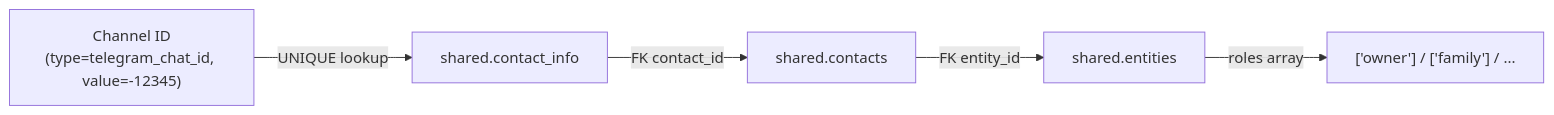
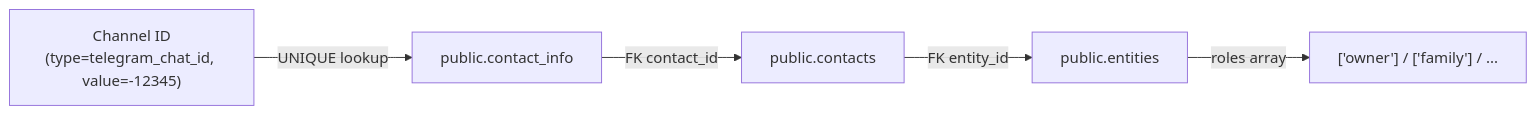
The fourth of 7 diagrams in about/lay-and-land/data-flow.md (Tzeusy/butlers), drawn with Mermaid before and after one commit. The commit also changed other lines of this file and 279 other files, not shown here.

````diff
--- a/about/lay-and-land/data-flow.md
+++ b/about/lay-and-land/data-flow.md
@@ -155,7 +155,7 @@
 ```mermaid
 graph LR
-    A["Channel ID<br/>(type=telegram_chat_id, value=-12345)"] -->|"UNIQUE lookup"| B["shared.contact_info"]
-    B -->|"FK contact_id"| C["shared.contacts"]
-    C -->|"FK entity_id"| D["shared.entities"]
+    A["Channel ID<br/>(type=telegram_chat_id, value=-12345)"] -->|"UNIQUE lookup"| B["public.contact_info"]
+    B -->|"FK contact_id"| C["public.contacts"]
+    C -->|"FK entity_id"| D["public.entities"]
     D -->|"roles array"| E["['owner'] / ['family'] / ..."]
 ```
````
